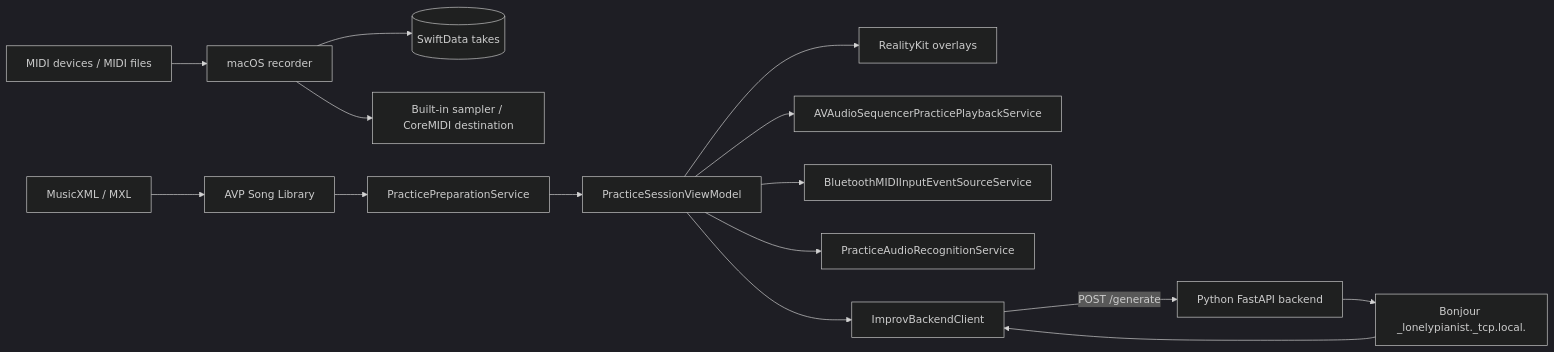
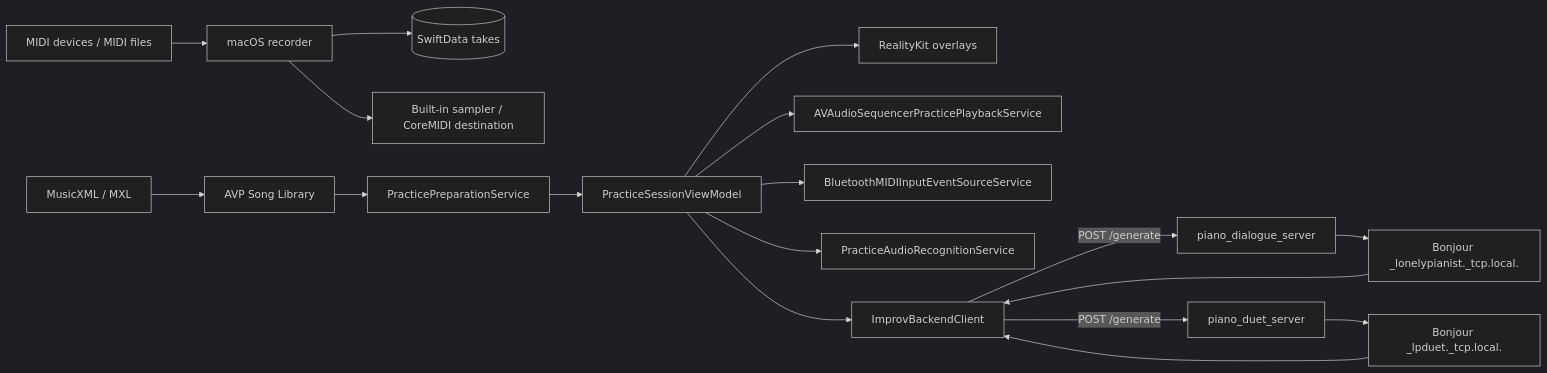
One commit to chiimagnus/Amoroso changed the first of 4 diagrams in docs/architecture.md. Above: the diagram before and after it, drawn with Mermaid (dark theme). The commit also changed other lines of this file and 1 other file, not shown here.

Commit message:
docs: P1-T6 - 增加 A.I. Duet 使用与排障文档

````diff
--- a/docs/architecture.md
+++ b/docs/architecture.md
@@ -5,20 +5,23 @@
 ```mermaid
 flowchart LR
   MIDI[MIDI devices / MIDI files] --> MAC[macOS recorder]
   MAC --> STORE[(SwiftData takes)]
   MAC --> OUT[Built-in sampler / CoreMIDI destination]
 
   XML[MusicXML / MXL] --> LIB[AVP Song Library]
   LIB --> PREP[PracticePreparationService]
   PREP --> SESSION[PracticeSessionViewModel]
 
   SESSION --> AR[RealityKit overlays]
   SESSION --> AUDIO[AVAudioSequencerPracticePlaybackService]
   SESSION --> BLE[BluetoothMIDIInputEventSourceService]
   SESSION --> MIC[PracticeAudioRecognitionService]
 
   SESSION --> IM[ImprovBackendClient]
-  PY[Python FastAPI backend] --> BJ[Bonjour _lonelypianist._tcp.local.]
-  BJ --> IM
-  IM -->|POST /generate| PY
+  PY1[piano_dialogue_server] --> BJ1[Bonjour _lonelypianist._tcp.local.]
+  PY2[piano_duet_server] --> BJ2[Bonjour _lpduet._tcp.local.]
+  BJ1 --> IM
+  BJ2 --> IM
+  IM -->|POST /generate| PY1
+  IM -->|POST /generate| PY2
 ```
````
